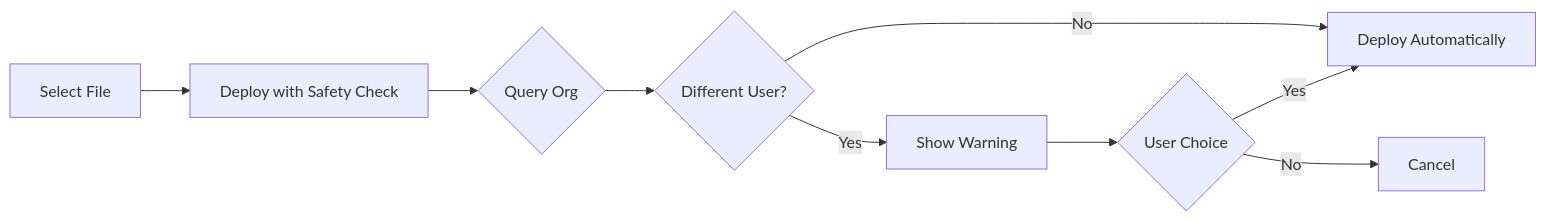
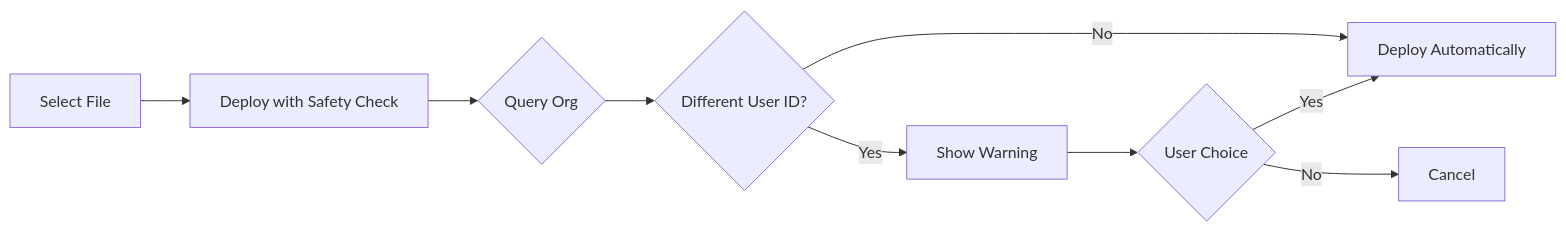
One commit to miguelgpunzal/sfdx-deploy-guard-extension changed the diagram in README.md. Above: the diagram before and after it, drawn with Mermaid. The commit also changed other lines of this file and 1 other file, not shown here.

````diff
--- a/README.md
+++ b/README.md
@@ -249,11 +254,11 @@
 ```mermaid
 graph LR
     A[Select File] --> B[Deploy with Safety Check]
     B --> C{Query Org}
-    C --> D{Different User?}
+    C --> D{Different User ID?}
     D -->|Yes| E[Show Warning]
     D -->|No| F[Deploy Automatically]
     E --> G{User Choice}
     G -->|Yes| F
     G -->|No| H[Cancel]
 ```
````
